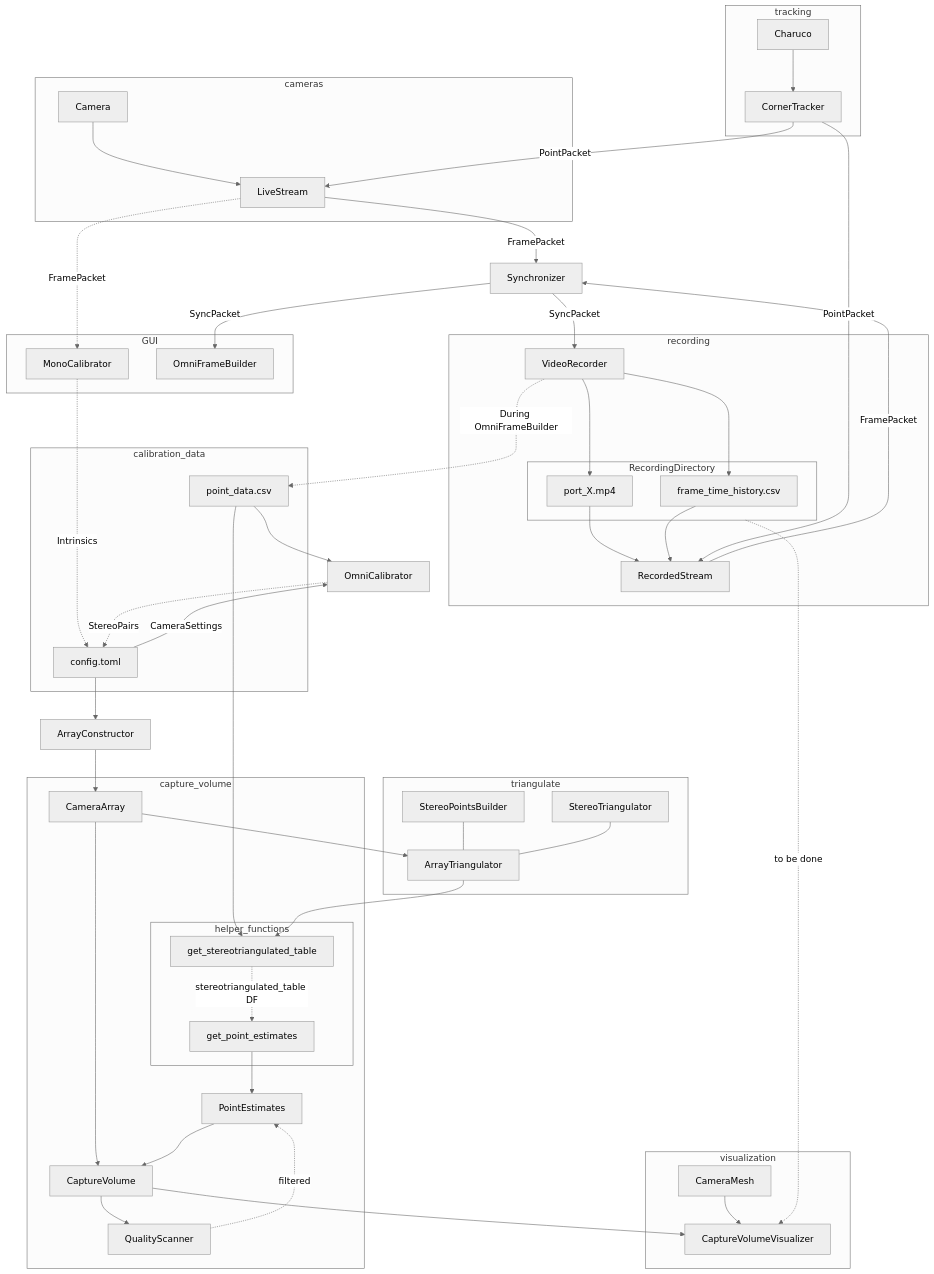
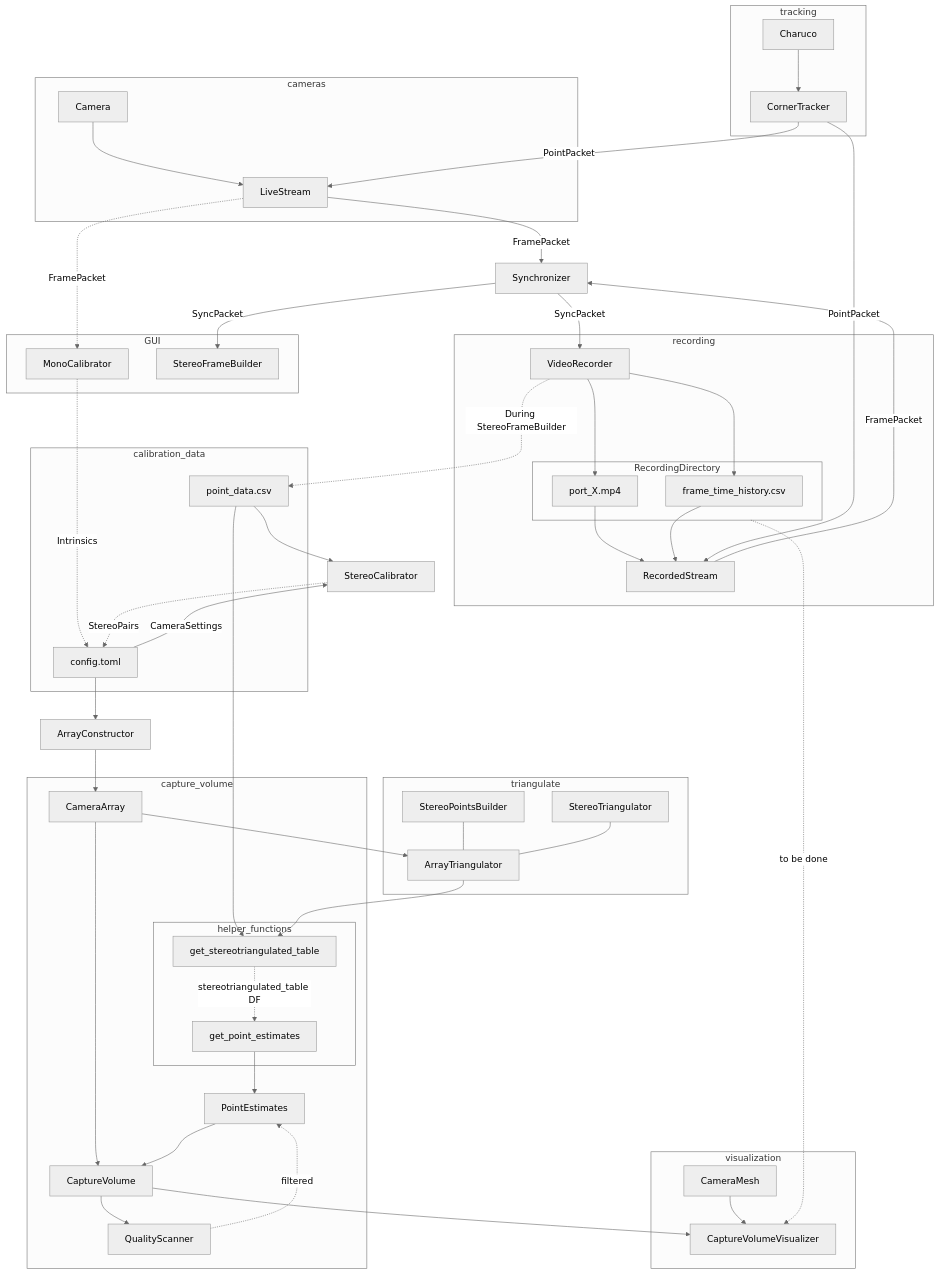
Before and after one commit to mprib/caliscope: the diagram in docs/project_structure.md, drawn with Mermaid (neutral theme). The commit also changed 4 other files, not shown here.

Commit message:
Omni -> Stereo

```diff
--- a/docs/project_structure.md
+++ b/docs/project_structure.md
@@ -22,17 +22,17 @@
 
 subgraph GUI
     MonoCalibrator
-    OmniFrameBuilder
+    StereoFrameBuilder
 end
 
-Synchronizer --SyncPacket-->  OmniFrameBuilder
+Synchronizer --SyncPacket-->  StereoFrameBuilder
 
 LiveStream -.FramePacket.-> MonoCalibrator
 MonoCalibrator -.Intrinsics.-> config.toml
 
 VideoRecorder --> frame_time_history.csv
 VideoRecorder --> port_X.mp4 
-VideoRecorder -.During OmniFrameBuilder.-> point_data.csv
+VideoRecorder -.During StereoFrameBuilder.-> point_data.csv
 port_X.mp4 --> RecordedStream
 frame_time_history.csv --> RecordedStream
 
@@ -51,9 +51,9 @@
 
 RecordingDirectory -.to be done.-> CaptureVolumeVisualizer
 
-point_data.csv --> OmniCalibrator
-config.toml --CameraSettings--> OmniCalibrator
-OmniCalibrator -.StereoPairs.-> config.toml
+point_data.csv --> StereoCalibrator
+config.toml --CameraSettings--> StereoCalibrator
+StereoCalibrator -.StereoPairs.-> config.toml
 
 
 
```
